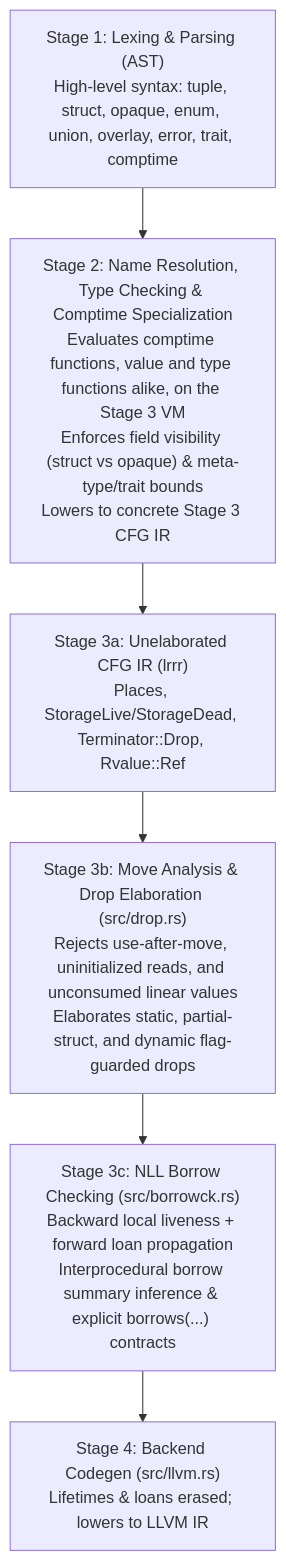
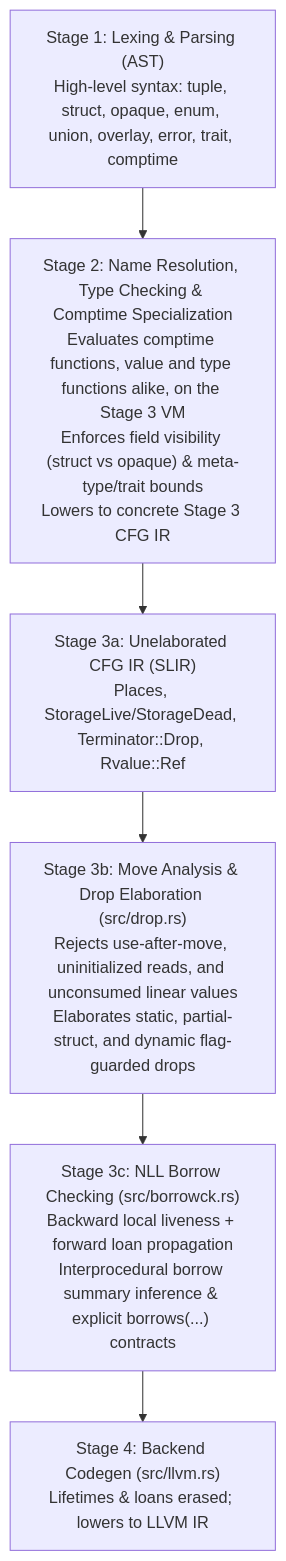
One commit to adam-frisby/SlopLang changed the diagram in DESIGN.md. Above: the diagram before and after it, drawn with Mermaid. The commit also changed other lines of this file and 21 other files, not shown here.

Commit message:
Rename project to SlopLang (.slop) and Stage 3 IR to SLIR

````diff
--- a/DESIGN.md
+++ b/DESIGN.md
@@ -13,9 +13,9 @@
 ```mermaid
 flowchart TD
     S1["Stage 1: Lexing & Parsing (AST)<br/>High-level syntax: tuple, struct, opaque, enum, union, overlay, error, trait, comptime"] --> S2
     S2["Stage 2: Name Resolution, Type Checking & Comptime Specialization<br/>Evaluates comptime functions, value and type functions alike, on the Stage 3 VM<br/>Enforces field visibility (struct vs opaque) & meta-type/trait bounds<br/>Lowers to concrete Stage 3 CFG IR"] --> S3A
-    S3A["Stage 3a: Unelaborated CFG IR (lrrr)<br/>Places, StorageLive/StorageDead, Terminator::Drop, Rvalue::Ref"] --> S3B
+    S3A["Stage 3a: Unelaborated CFG IR (SLIR)<br/>Places, StorageLive/StorageDead, Terminator::Drop, Rvalue::Ref"] --> S3B
     S3B["Stage 3b: Move Analysis & Drop Elaboration (src/drop.rs)<br/>Rejects use-after-move, uninitialized reads, and unconsumed linear values<br/>Elaborates static, partial-struct, and dynamic flag-guarded drops"] --> S3C
     S3C["Stage 3c: NLL Borrow Checking (src/borrowck.rs)<br/>Backward local liveness + forward loan propagation<br/>Interprocedural borrow summary inference & explicit borrows(...) contracts"] --> S4
     S4["Stage 4: Backend Codegen (src/llvm.rs)<br/>Lifetimes & loans erased; lowers to LLVM IR"]
 ```
````
